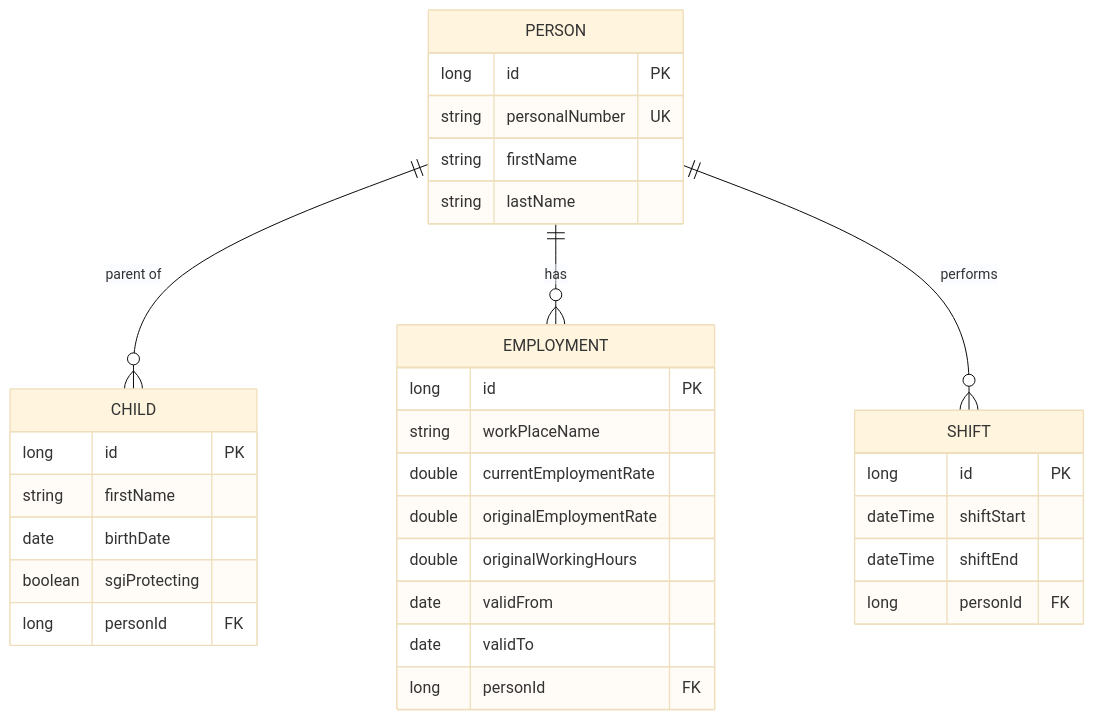
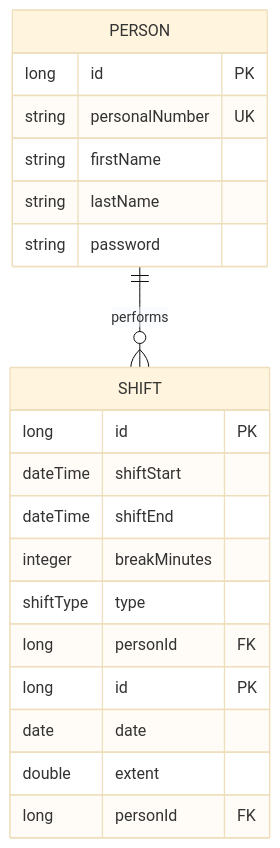
One commit to annlolil/sgi-guard changed the diagram in README.md. Above: the diagram before and after it, drawn with Mermaid (base theme). The commit also changed other lines of this file, not shown here.

````diff
--- a/README.md
+++ b/README.md
@@ -24,39 +26,28 @@
 ```mermaid
 erDiagram
-    PERSON ||--o{ CHILD : "parent of"
-    PERSON ||--o{ EMPLOYMENT : "has"
     PERSON ||--o{ SHIFT : "performs"
 
     PERSON {
         long id PK
         string personalNumber UK
         string firstName
         string lastName
-    }
-
-    CHILD {
-        long id PK
-        string firstName
-        date birthDate
-        boolean sgiProtecting
-        long personId FK
-    }
-
-    EMPLOYMENT {
-        long id PK
-        string workPlaceName
-        double currentEmploymentRate
-        double originalEmploymentRate
-        double originalWorkingHours
-        date validFrom
-        date validTo
-        long personId FK
+        string password
     }
 
     SHIFT {
         long id PK
         dateTime shiftStart
         dateTime shiftEnd
+        integer breakMinutes
+        shiftType type
+        long personId FK
+    }
+
+    SHIFT {
+        long id PK
+        date date
+        double extent
         long personId FK
     }
 ```
````
